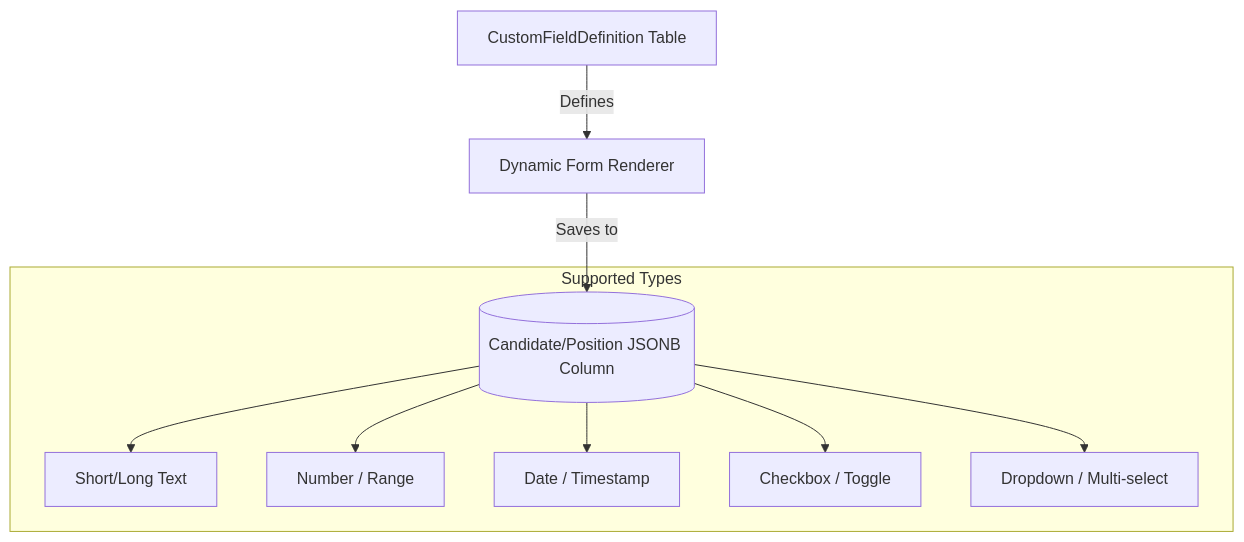
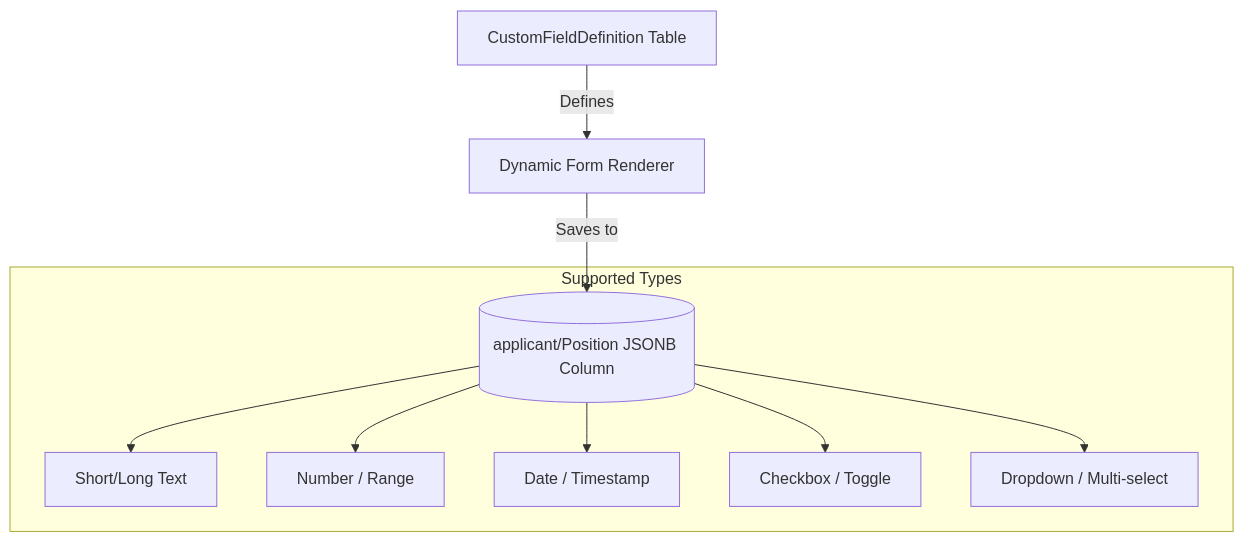
One commit to poojaroonwit/studio changed the diagram in docs/workflows/Custom Fields Flow.md. Above: the diagram before and after it, drawn with Mermaid. The commit also changed other lines of this file and 374 other files, not shown here.

Commit message:
Refactor: Rename candidate to applicant terminology and update related components

````diff
--- a/docs/workflows/Custom Fields Flow.md
+++ b/docs/workflows/Custom Fields Flow.md
@@ -15,13 +15,13 @@
 ```mermaid
 graph TD
     Def[CustomFieldDefinition Table] -->|Defines| UI[Dynamic Form Renderer]
-    UI -->|Saves to| JSONB[(Candidate/Position JSONB Column)]
+    UI -->|Saves to| JSONB[(applicant/Position JSONB Column)]
     
     subgraph "Supported Types"
         JSONB --> Text[Short/Long Text]
         JSONB --> Num[Number / Range]
         JSONB --> Date[Date / Timestamp]
         JSONB --> Bool[Checkbox / Toggle]
         JSONB --> Select[Dropdown / Multi-select]
     end
 ```
````
